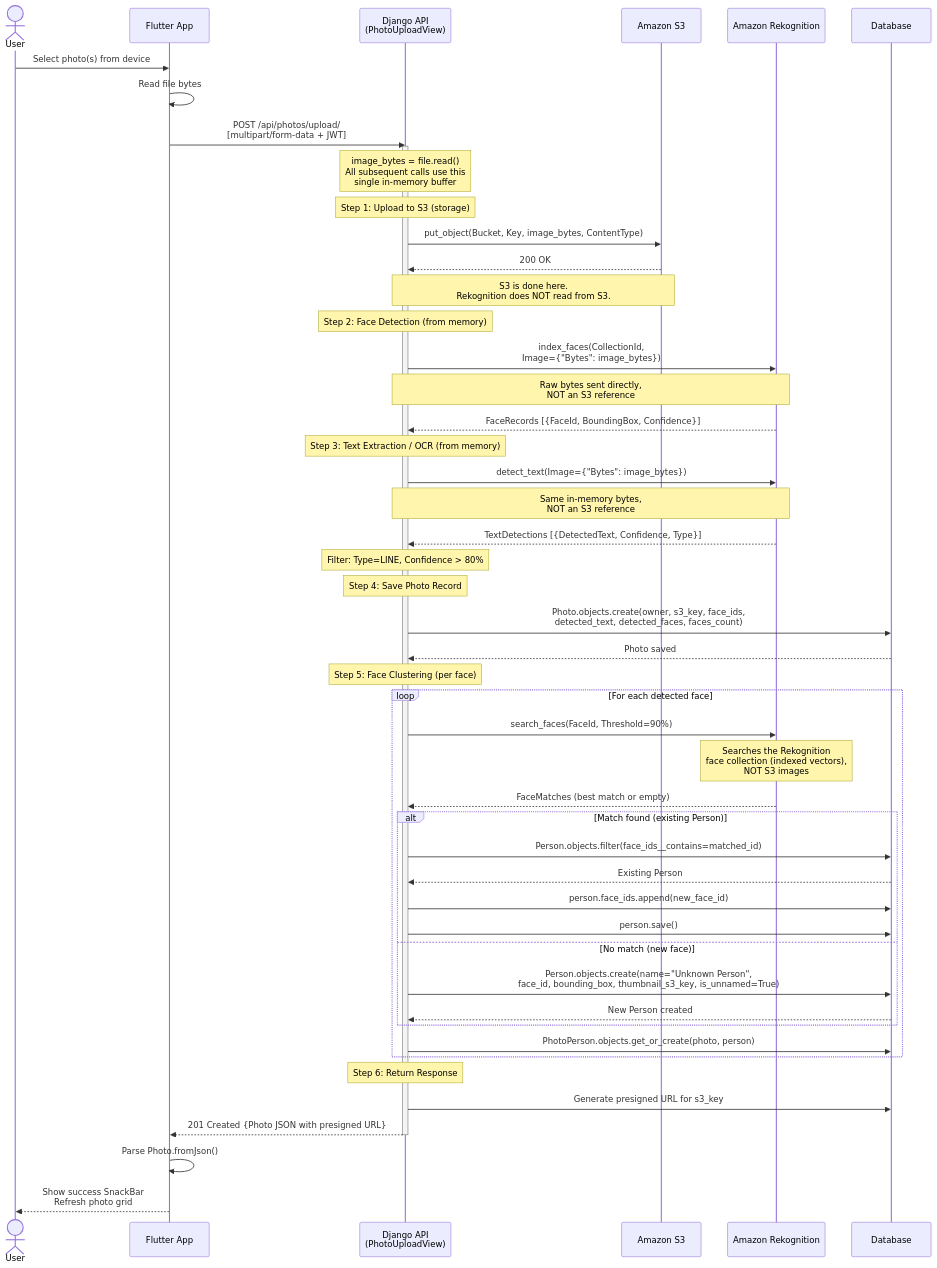
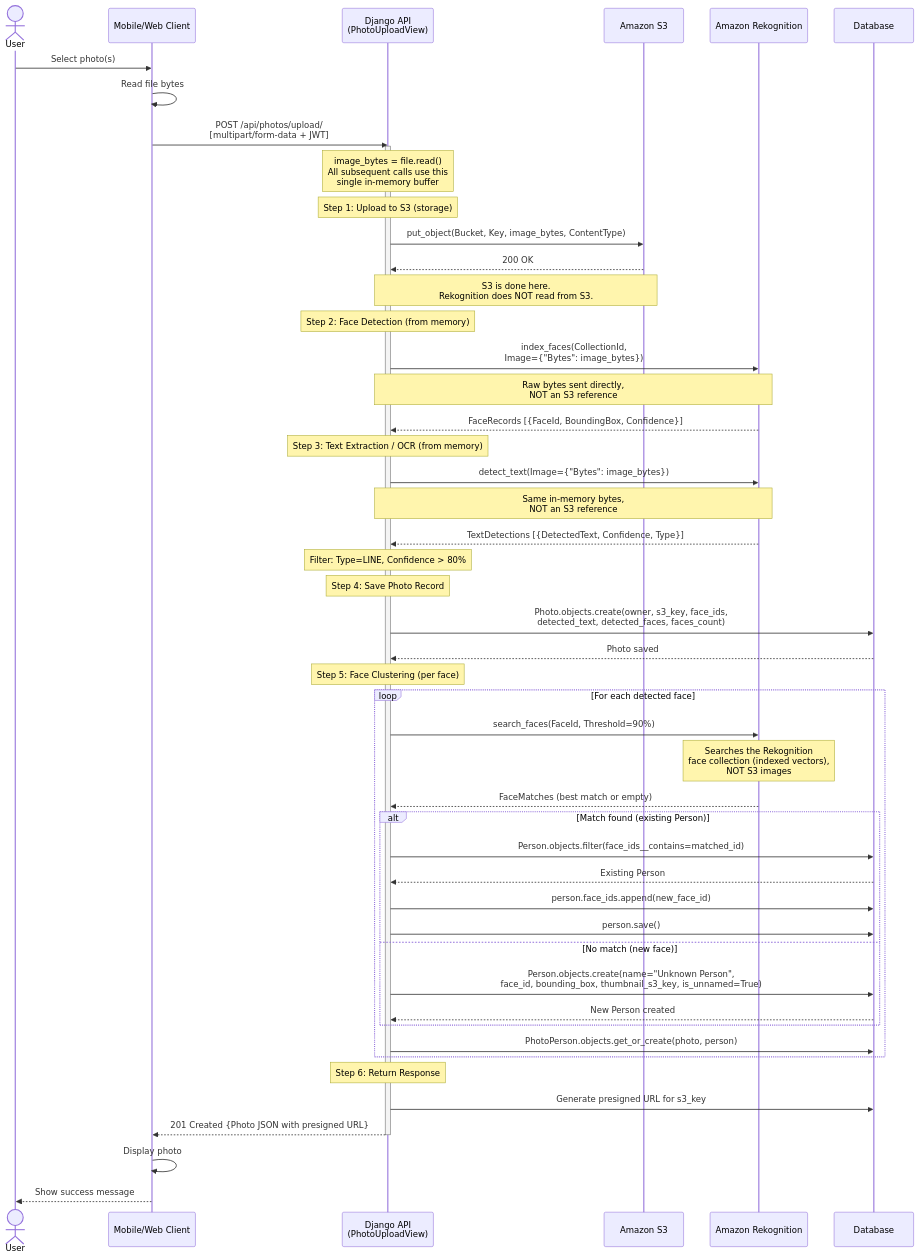
One commit to sudols/photo-sense changed the diagram in docs/uml/sequence.mmd. Above: the diagram before and after it, drawn with Mermaid. The commit also changed 77 other files, not shown here.

```diff
--- a/docs/uml/sequence.mmd
+++ b/docs/uml/sequence.mmd
@@ -1,66 +1,66 @@
 ---
 config:
   look: dark
 ---
 sequenceDiagram
     actor U as User
-    participant FA as Flutter App
+    participant CLIENT as Mobile/Web Client
     participant API as Django API<br/>(PhotoUploadView)
     participant S3 as Amazon S3
     participant RK as Amazon Rekognition
     participant DB as Database
 
-    U->>FA: Select photo(s) from device
-    FA->>FA: Read file bytes
+    U->>CLIENT: Select photo(s)
+    CLIENT->>CLIENT: Read file bytes
 
-    FA->>API: POST /api/photos/upload/<br/>[multipart/form-data + JWT]
+    CLIENT->>API: POST /api/photos/upload/<br/>[multipart/form-data + JWT]
     activate API
 
     Note over API: image_bytes = file.read()<br/>All subsequent calls use this<br/>single in-memory buffer
 
     Note over API: Step 1: Upload to S3 (storage)
     API->>S3: put_object(Bucket, Key, image_bytes, ContentType)
     S3-->>API: 200 OK
     Note over API,S3: S3 is done here.<br/>Rekognition does NOT read from S3.
 
     Note over API: Step 2: Face Detection (from memory)
     API->>RK: index_faces(CollectionId,<br/>Image={"Bytes": image_bytes})
     Note over API,RK: Raw bytes sent directly,<br/>NOT an S3 reference
     RK-->>API: FaceRecords [{FaceId, BoundingBox, Confidence}]
 
     Note over API: Step 3: Text Extraction / OCR (from memory)
     API->>RK: detect_text(Image={"Bytes": image_bytes})
     Note over API,RK: Same in-memory bytes,<br/>NOT an S3 reference
     RK-->>API: TextDetections [{DetectedText, Confidence, Type}]
     Note over API: Filter: Type=LINE, Confidence > 80%
 
     Note over API: Step 4: Save Photo Record
     API->>DB: Photo.objects.create(owner, s3_key, face_ids,<br/>detected_text, detected_faces, faces_count)
     DB-->>API: Photo saved
 
     Note over API: Step 5: Face Clustering (per face)
     loop For each detected face
         API->>RK: search_faces(FaceId, Threshold=90%)
         Note over RK: Searches the Rekognition<br/>face collection (indexed vectors),<br/>NOT S3 images
         RK-->>API: FaceMatches (best match or empty)
 
         alt Match found (existing Person)
             API->>DB: Person.objects.filter(face_ids__contains=matched_id)
             DB-->>API: Existing Person
             API->>DB: person.face_ids.append(new_face_id)
             API->>DB: person.save()
         else No match (new face)
             API->>DB: Person.objects.create(name="Unknown Person",<br/>face_id, bounding_box, thumbnail_s3_key, is_unnamed=True)
             DB-->>API: New Person created
         end
 
         API->>DB: PhotoPerson.objects.get_or_create(photo, person)
     end
 
     Note over API: Step 6: Return Response
     API->>DB: Generate presigned URL for s3_key
-    API-->>FA: 201 Created {Photo JSON with presigned URL}
+    API-->>CLIENT: 201 Created {Photo JSON with presigned URL}
     deactivate API
 
-    FA->>FA: Parse Photo.fromJson()
-    FA-->>U: Show success SnackBar<br/>Refresh photo grid
+    CLIENT->>CLIENT: Display photo
+    CLIENT-->>U: Show success message
```
